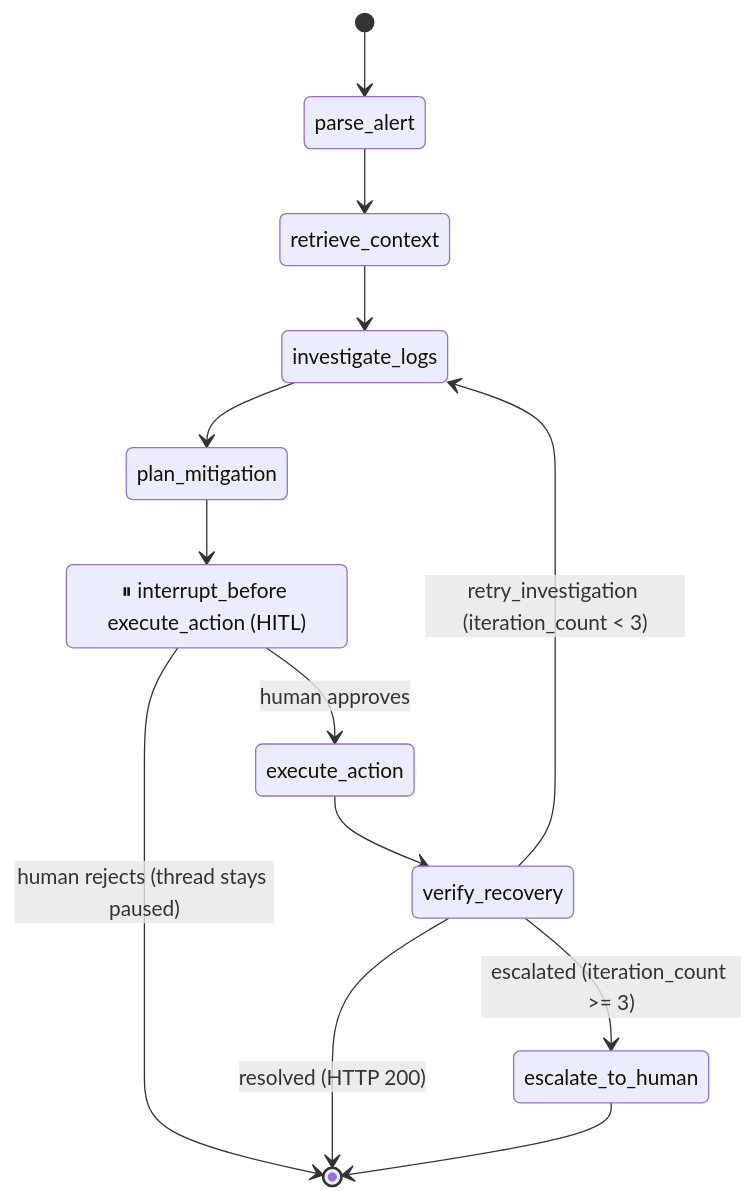
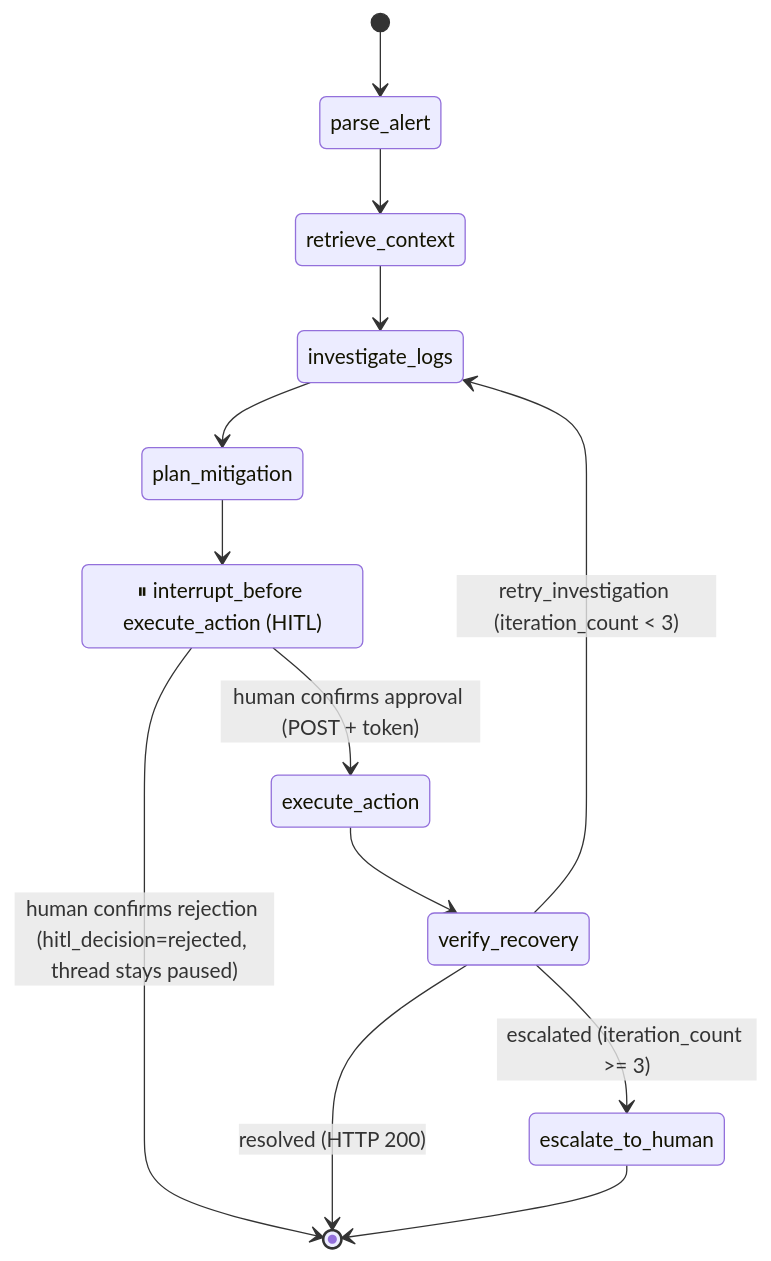
Before and after one commit to anaskhan7866/Autonomous-SRE-Agent: the second of 3 diagrams in docs/WORKFLOW.md, drawn with Mermaid. The commit also changed other lines of this file and 5 other files, not shown here.

First line of the commit message:
fix(hitl): require POST + one-time token for approvals (Discord crawler bypass)

````diff
--- a/docs/WORKFLOW.md
+++ b/docs/WORKFLOW.md
@@ -63,16 +63,16 @@
 ```mermaid
 stateDiagram-v2
     [*] --> parse_alert
     parse_alert --> retrieve_context
     retrieve_context --> investigate_logs
     investigate_logs --> plan_mitigation
     plan_mitigation --> HITL
     state "⏸ interrupt_before execute_action (HITL)" as HITL
-    HITL --> execute_action : human approves
-    HITL --> [*] : human rejects (thread stays paused)
+    HITL --> execute_action : human confirms approval (POST + token)
+    HITL --> [*] : human confirms rejection (hitl_decision=rejected, thread stays paused)
     execute_action --> verify_recovery
     verify_recovery --> [*] : resolved (HTTP 200)
     verify_recovery --> investigate_logs : retry_investigation (iteration_count < 3)
     verify_recovery --> escalate_to_human : escalated (iteration_count >= 3)
     escalate_to_human --> [*]
 ```
````
